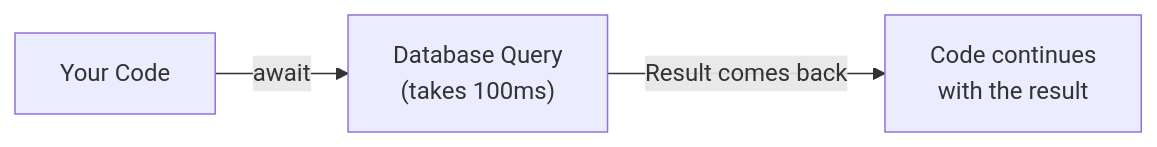
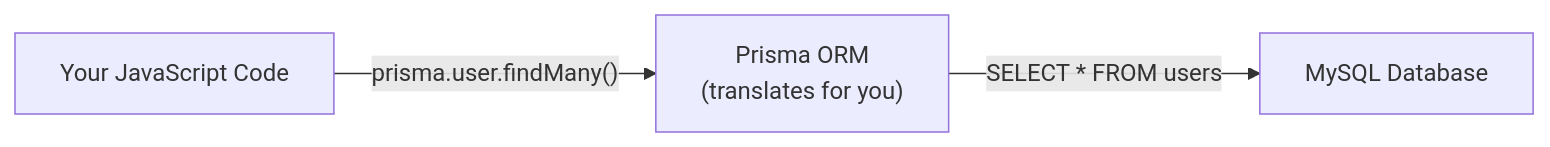
One commit to Nimsika-Bosilu/designHer_2.0-Student-Attendance-Management-System changed the sixth of 30 diagrams in backend/README.md. Above: the diagram before and after it, drawn with Mermaid. The commit also changed other lines of this file, not shown here.

````diff
--- a/backend/README.md
+++ b/backend/README.md
@@ -645,5 +339,5 @@
 ```mermaid
 flowchart LR
-    A["Your Code"] -->|"await"| B["Database Query\n(takes 100ms)"]
-    B -->|"Result comes back"| C["Code continues\nwith the result"]
+    A["Your JavaScript Code"] -->|"prisma.user.findMany()"| B["Prisma ORM\n(translates for you)"]
+    B -->|"SELECT * FROM users"| C["MySQL Database"]
 ```
````
